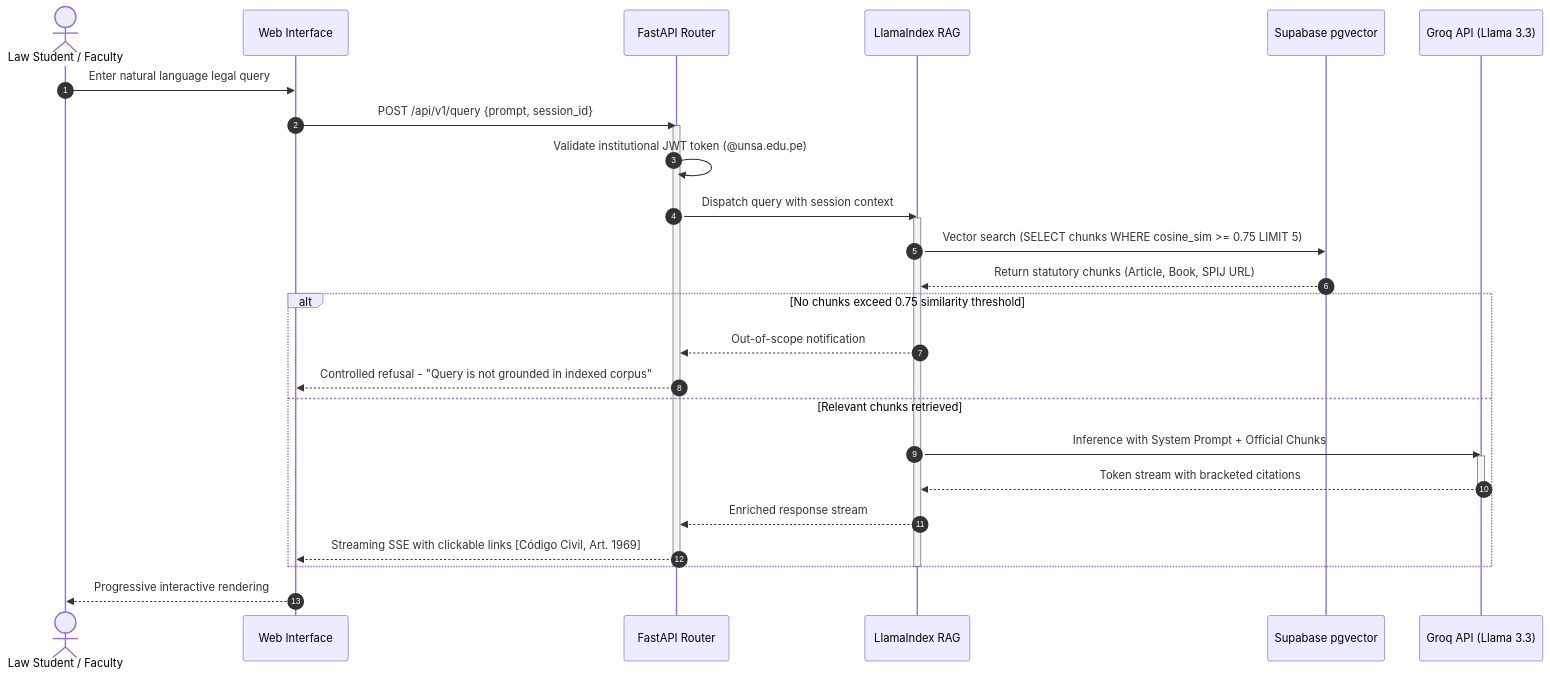
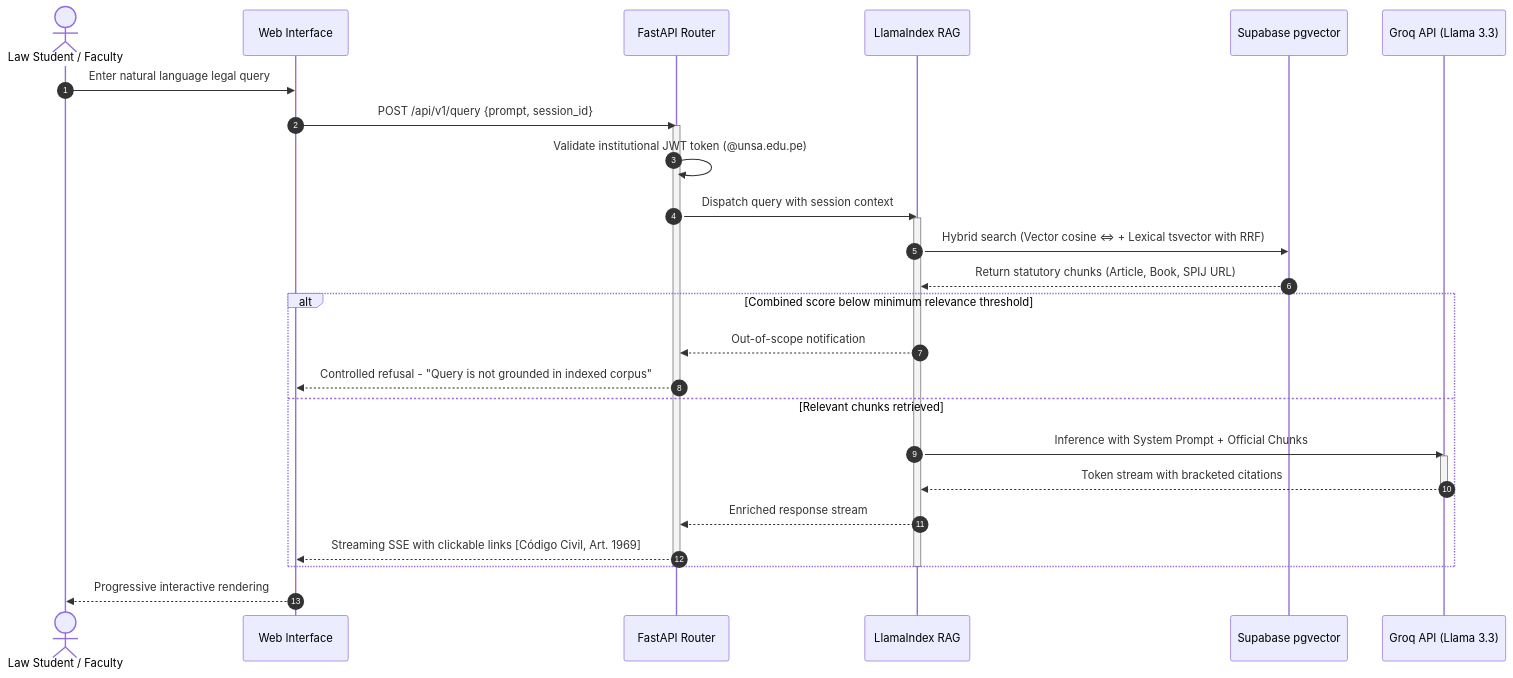
One commit to jorghee/inti-rag changed the second of 2 diagrams in docs/architecture/overview.md. Above: the diagram before and after it, drawn with Mermaid. The commit also changed other lines of this file and 6 other files, not shown here.

First line of the commit message:
docs(architecture): integrate hybrid search, RRF scoring, prompt guardrails, and mega-article safeguards

````diff
--- a/docs/architecture/overview.md
+++ b/docs/architecture/overview.md
@@ -94,34 +94,34 @@
 ```mermaid
 sequenceDiagram
     autonumber
     actor Student as Law Student / Faculty
     participant Web as Web Interface
     participant API as FastAPI Router
     participant Llama as LlamaIndex RAG
     participant DB as Supabase pgvector
     participant LLM as Groq API (Llama 3.3)
 
     Student->>Web: Enter natural language legal query
     Web->>API: POST /api/v1/query {prompt, session_id}
     activate API
     API->>API: Validate institutional JWT token (@unsa.edu.pe)
     API->>Llama: Dispatch query with session context
     activate Llama
-    Llama->>DB: Vector search (SELECT chunks WHERE cosine_sim >= 0.75 LIMIT 5)
+    Llama->>DB: Hybrid search (Vector cosine <=> + Lexical tsvector with RRF)
     DB-->>Llama: Return statutory chunks (Article, Book, SPIJ URL)
     
-    alt No chunks exceed 0.75 similarity threshold
+    alt Combined score below minimum relevance threshold
         Llama-->>API: Out-of-scope notification
         API-->>Web: Controlled refusal - "Query is not grounded in indexed corpus"
     else Relevant chunks retrieved
         Llama->>LLM: Inference with System Prompt + Official Chunks
         activate LLM
         LLM-->>Llama: Token stream with bracketed citations
         deactivate LLM
         Llama-->>API: Enriched response stream
         API-->>Web: Streaming SSE with clickable links [Código Civil, Art. 1969]
     end
     deactivate Llama
     deactivate API
     Web-->>Student: Progressive interactive rendering
 ```
````
